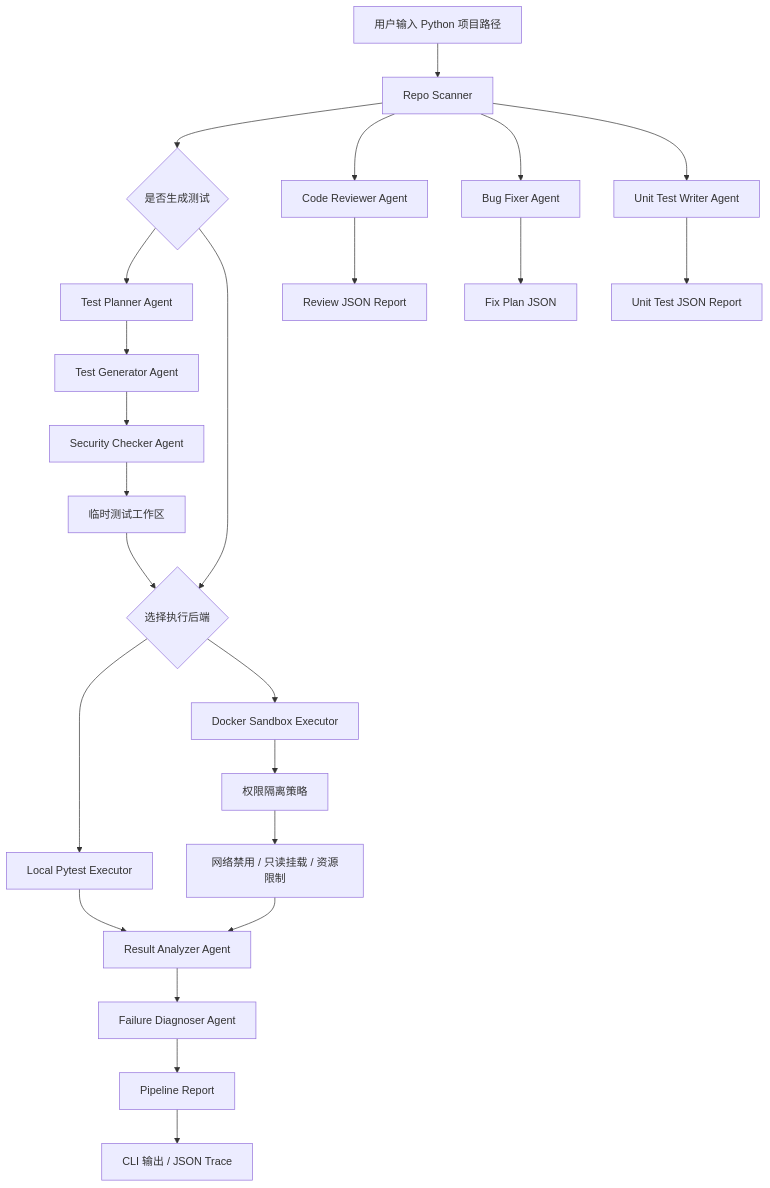
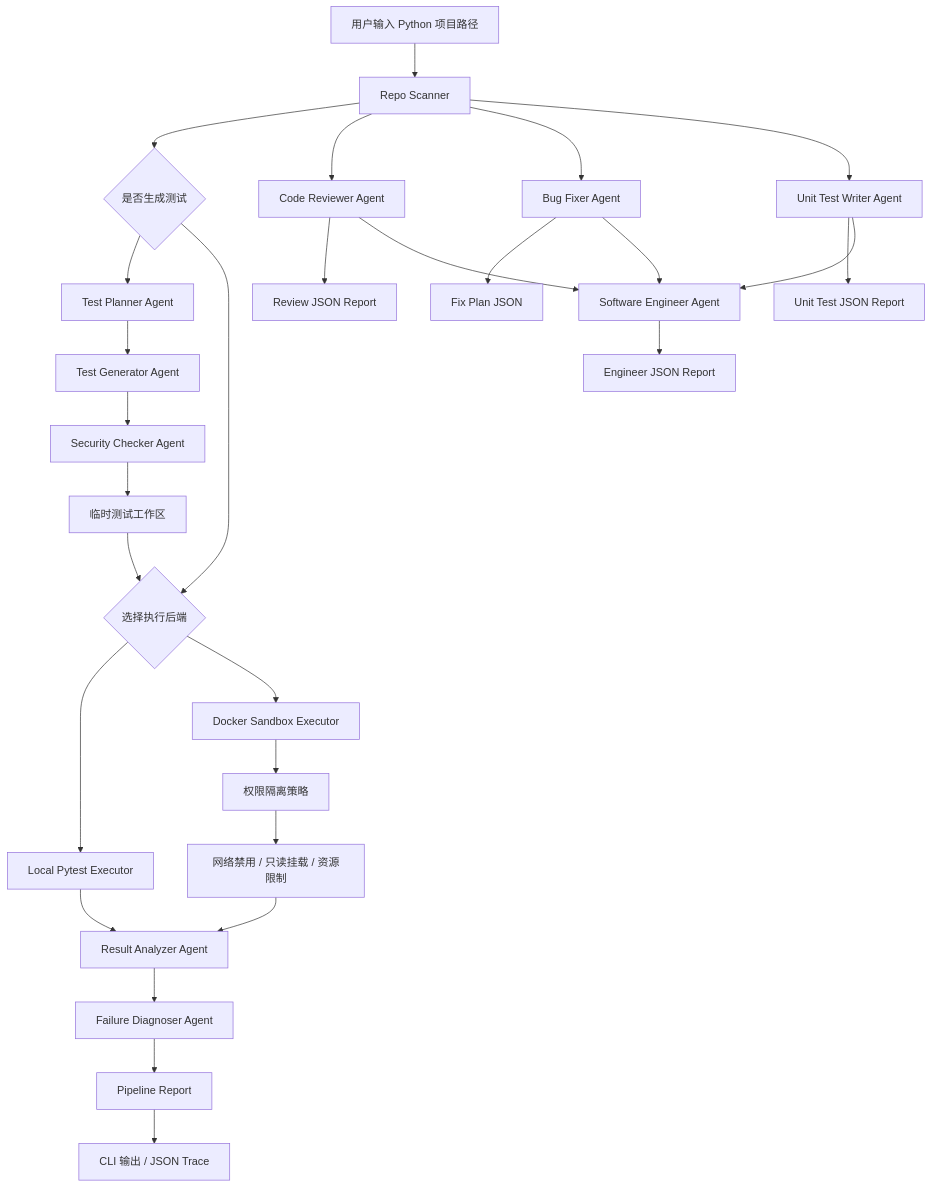
Before and after one commit to Isaacsen/cs599-project: the diagram in docs/CS599_大作业报告.md, drawn with Mermaid. The commit also changed other lines of this file and 12 other files, not shown here.

Commit message:
Add software engineer workflow

````diff
--- a/docs/CS599_大作业报告.md
+++ b/docs/CS599_大作业报告.md
@@ -115,26 +121,30 @@
 ```mermaid
 flowchart TD
     A["用户输入 Python 项目路径"] --> B["Repo Scanner"]
     B --> C{"是否生成测试"}
     C --> D["Test Planner Agent"]
     D --> E["Test Generator Agent"]
     E --> P["Security Checker Agent"]
     P --> N["临时测试工作区"]
     C --> F{"选择执行后端"}
     N --> F
     F --> G["Local Pytest Executor"]
     F --> H["Docker Sandbox Executor"]
     H --> I["权限隔离策略"]
     I --> J["网络禁用 / 只读挂载 / 资源限制"]
     G --> K["Result Analyzer Agent"]
     J --> K
     K --> O["Failure Diagnoser Agent"]
     O --> L["Pipeline Report"]
     L --> M["CLI 输出 / JSON Trace"]
     B --> Q["Code Reviewer Agent"]
     Q --> R["Review JSON Report"]
     B --> S["Bug Fixer Agent"]
     S --> T["Fix Plan JSON"]
     B --> U["Unit Test Writer Agent"]
     U --> V["Unit Test JSON Report"]
+    Q --> W["Software Engineer Agent"]
+    S --> W
+    U --> W
+    W --> X["Engineer JSON Report"]
 ```
````
